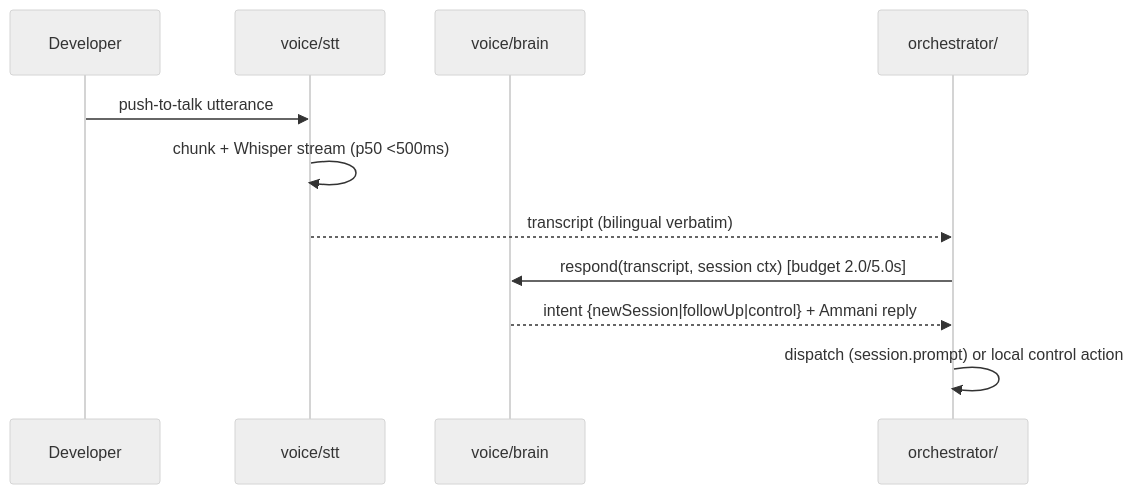
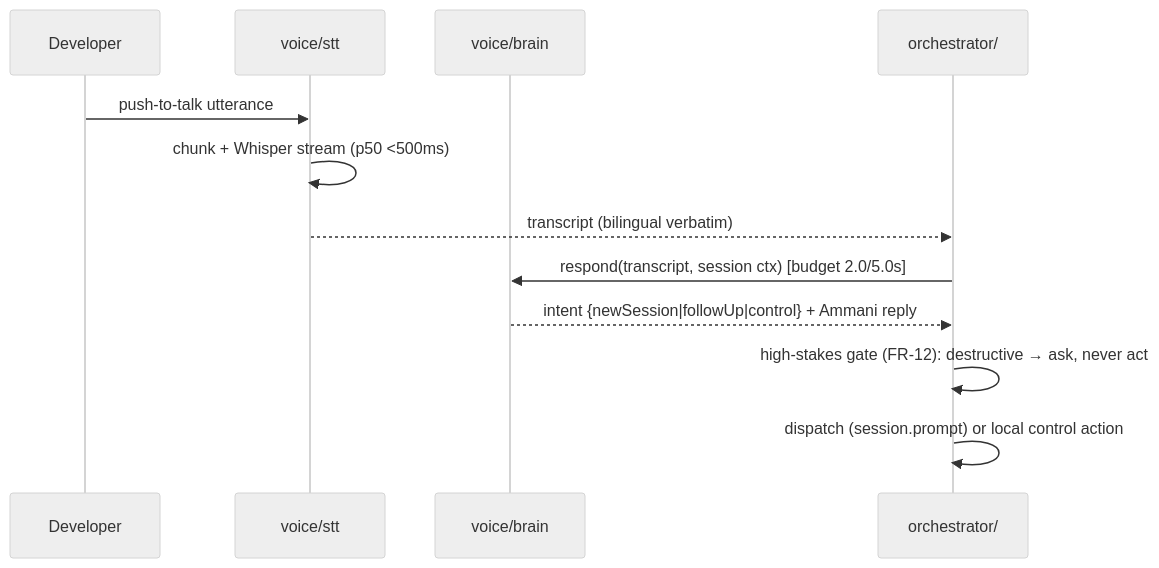
One commit to 3mar-baha/Vantrilex-OpenCode-Assistant changed the fifth of 8 diagrams in docs/04-ARCHITECTURE.md. Above: the diagram before and after it, drawn with Mermaid (neutral theme). The commit also changed other lines of this file, not shown here.

````diff
--- a/docs/04-ARCHITECTURE.md
+++ b/docs/04-ARCHITECTURE.md
@@ -116,13 +128,14 @@
 ```mermaid
 sequenceDiagram
     participant D as Developer
     participant STT as voice/stt
     participant B as voice/brain
     participant O as orchestrator/
     D->>STT: push-to-talk utterance
     STT->>STT: chunk + Whisper stream (p50 <500ms)
     STT-->>O: transcript (bilingual verbatim)
     O->>B: respond(transcript, session ctx) [budget 2.0/5.0s]
     B-->>O: intent {newSession|followUp|control} + Ammani reply
+    O->>O: high-stakes gate (FR-12): destructive → ask, never act
     O->>O: dispatch (session.prompt) or local control action
 ```
````
